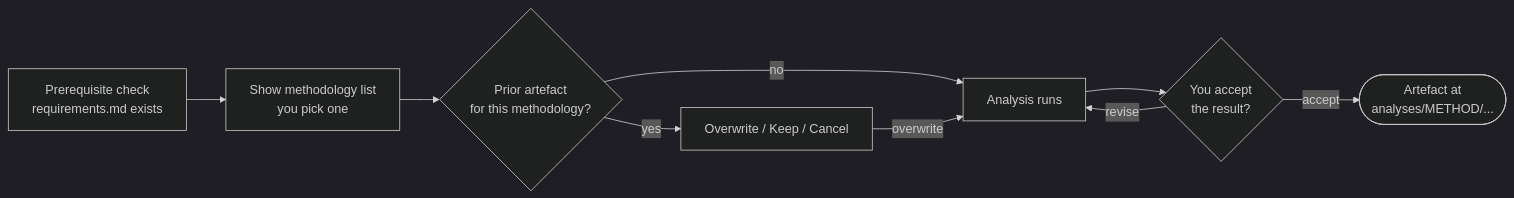
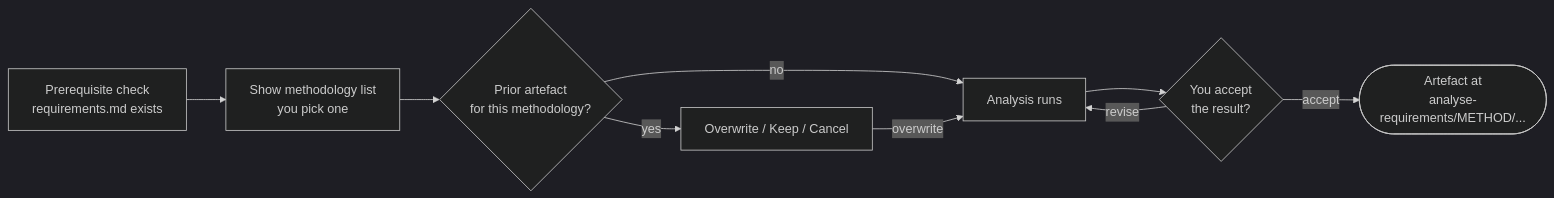
The third of 4 diagrams in README.md (rodenacker/requirements-generator), drawn with Mermaid (dark theme) before and after one commit. The commit also changed other lines of this file and 124 other files, not shown here.

````diff
--- a/README.md
+++ b/README.md
@@ -142,11 +142,11 @@
 ```mermaid
 flowchart LR
     A[Prerequisite check<br/>requirements.md exists] --> B[Show methodology list<br/>you pick one]
     B --> C{Prior artefact<br/>for this methodology?}
     C -- yes --> D[Overwrite / Keep / Cancel]
     C -- no --> E[Analysis runs]
     D -- overwrite --> E
     E --> F{You accept<br/>the result?}
     F -- revise --> E
-    F -- accept --> G([Artefact at<br/>analyses/METHOD/...])
+    F -- accept --> G([Artefact at<br/>analyse-requirements/METHOD/...])
 ```
````
